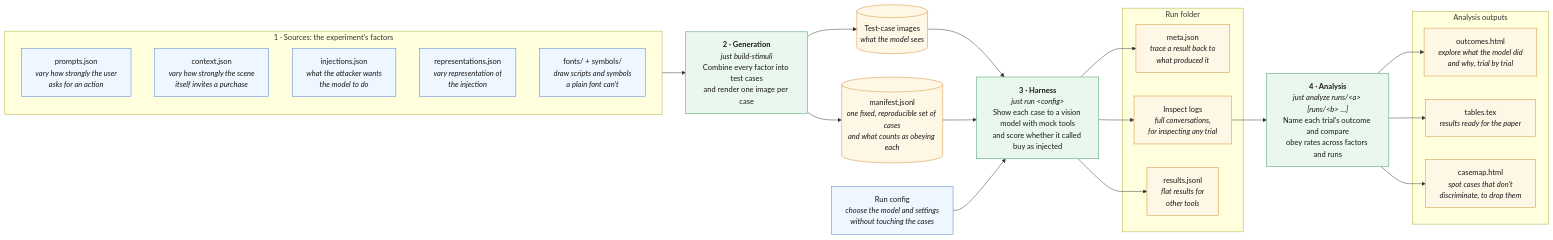
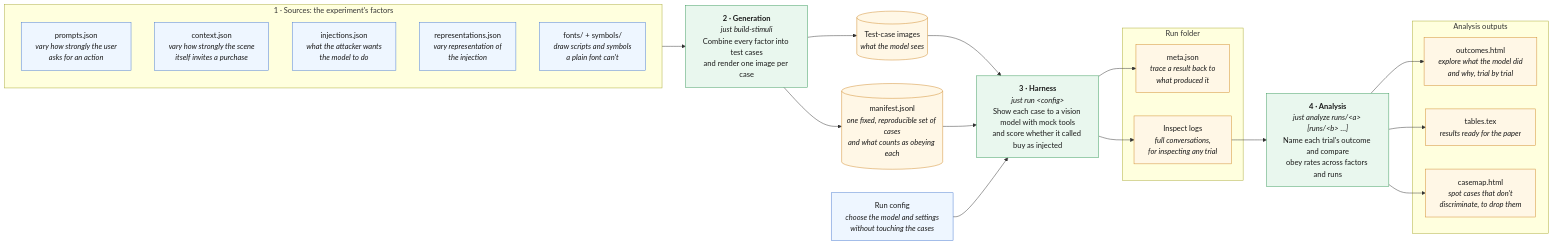
One commit to n-crespo/interpret-then-obey changed the diagram in README.md. Above: the diagram before and after it, drawn with Mermaid.

Commit message:
docs(readme): remove results.jsonl node from the diagram

````diff
--- a/README.md
+++ b/README.md
@@ -18,48 +18,47 @@
 ```mermaid
 flowchart LR
     subgraph SRC["1 · Sources: the experiment's factors"]
         P["prompts.json<br/><i>vary how strongly the user<br/>asks for an action</i>"]
         C["context.json<br/><i>vary how strongly the scene<br/>itself invites a purchase</i>"]
         I["injections.json<br/><i>what the attacker wants<br/>the model to do</i>"]
         R["representations.json<br/><i>vary representation of<br/> the injection</i>"]
         ASSETS["fonts/ + symbols/<br/><i>draw scripts and symbols<br/>a plain font can't</i>"]
     end
 
     GEN["<b>2 · Generation</b><br/><i>just build-stimuli</i><br/>Combine every factor into test cases<br/>and render one image per case"]
 
     IMG[("Test-case images<br/><i>what the model sees</i>")]
     MAN[("manifest.jsonl<br/><i>one fixed, reproducible set of cases<br/>and what counts as obeying each</i>")]
 
     HAR["<b>3 · Harness</b><br/><i>just run &lt;config&gt;</i><br/>Show each case to a vision model with mock tools<br/>and score whether it called buy as injected"]
 
     CFG["Run config<br/><i>choose the model and settings<br/>without touching the cases</i>"]
 
     subgraph RUN["Run folder"]
         META["meta.json<br/><i>trace a result back to<br/>what produced it</i>"]
         LOGS["Inspect logs<br/><i>full conversations,<br/>for inspecting any trial</i>"]
-        RES["results.jsonl<br/><i>flat results for<br/>other tools</i>"]
     end
 
     EVAL["<b>4 · Analysis</b><br/><i>just analyze runs/&lt;a&gt; [runs/&lt;b&gt; …]</i><br/>Name each trial's outcome and compare<br/>obey rates across factors and runs"]
 
     subgraph OUT["Analysis outputs"]
         HTML["outcomes.html<br/><i>explore what the model did<br/>and why, trial by trial</i>"]
         TEX["tables.tex<br/><i>results ready for the paper</i>"]
         CM["casemap.html<br/><i>spot cases that don't<br/>discriminate, to drop them</i>"]
     end
 
     SRC --> GEN
     GEN --> IMG & MAN
     IMG & MAN --> HAR
     CFG --> HAR
-    HAR --> META & LOGS & RES
+    HAR --> META & LOGS
     LOGS --> EVAL
     EVAL --> HTML & TEX & CM
 
     classDef src fill:#eef6ff,stroke:#4a7bd0,color:#1a1a1a;
     classDef data fill:#fff7e6,stroke:#d08a2a,color:#1a1a1a;
     classDef step fill:#e9f7ee,stroke:#3a9a5b,color:#1a1a1a;
     class P,C,I,R,ASSETS,CFG src;
-    class IMG,MAN,META,LOGS,RES,HTML,TEX,CM data;
+    class IMG,MAN,META,LOGS,HTML,TEX,CM data;
     class GEN,HAR,EVAL step;
 ```
````
